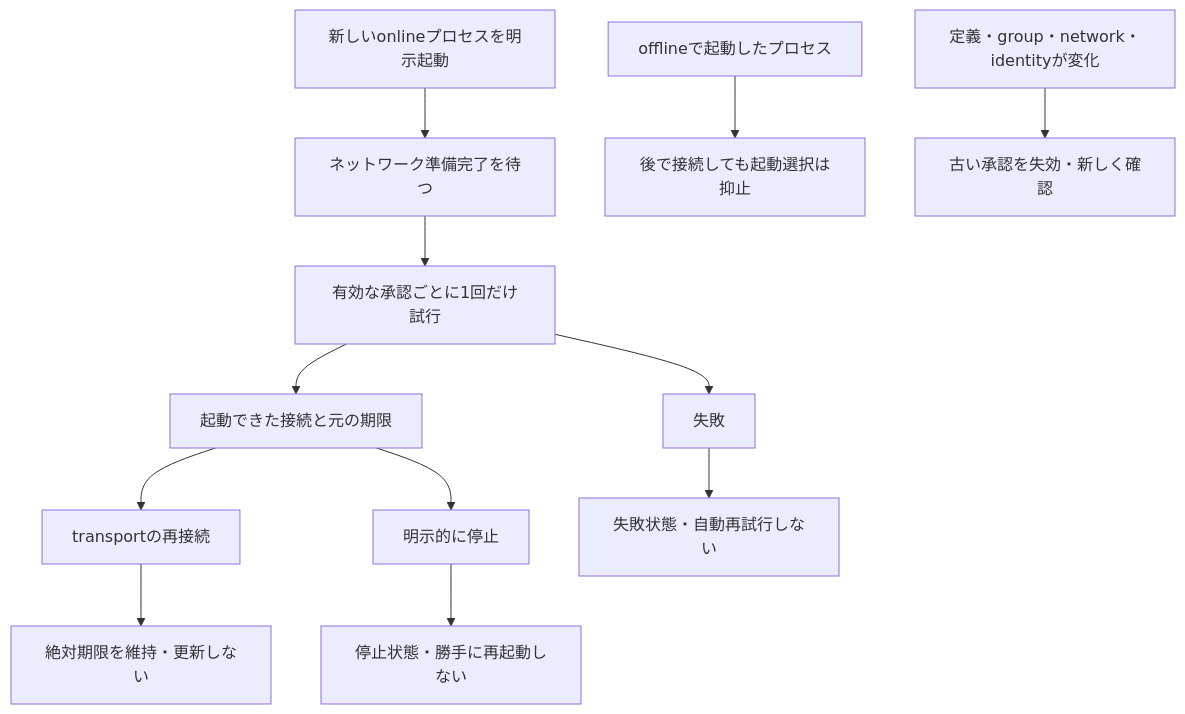
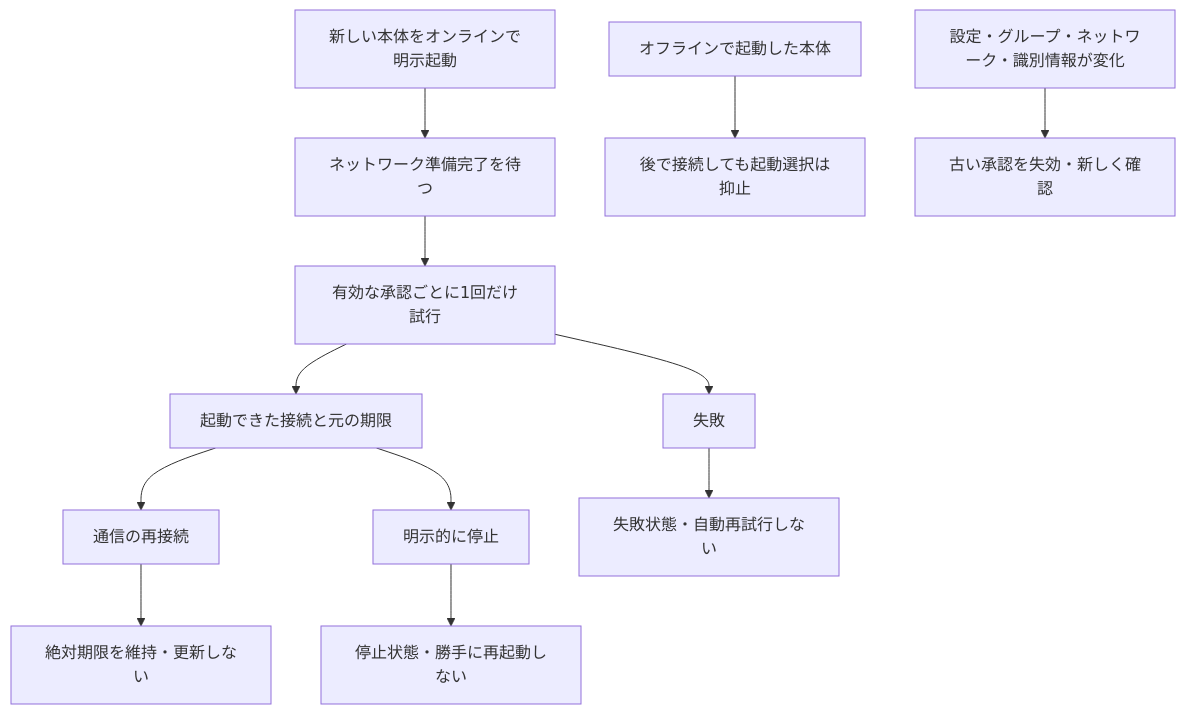
The first of 2 diagrams in docs/STARTUP.ja.md (webkaz-labs/sobalink), drawn with Mermaid before and after one commit. The commit also changed other lines of this file and 111 other files, not shown here.

````diff
--- a/docs/STARTUP.ja.md
+++ b/docs/STARTUP.ja.md
@@ -23,11 +22,11 @@
 ```mermaid
 flowchart TD
-    Launch["新しいonlineプロセスを明示起動"] --> Ready["ネットワーク準備完了を待つ"]
+    Launch["新しい本体をオンラインで明示起動"] --> Ready["ネットワーク準備完了を待つ"]
     Ready --> Attempt["有効な承認ごとに1回だけ試行"]
     Attempt --> Active["起動できた接続と元の期限"]
-    Offline["offlineで起動したプロセス"] --> Suppress["後で接続しても起動選択は抑止"]
-    Active --> Condition1["transportの再接続"] --> Expiry["絶対期限を維持・更新しない"]
+    Offline["オフラインで起動した本体"] --> Suppress["後で接続しても起動選択は抑止"]
+    Active --> Condition1["通信の再接続"] --> Expiry["絶対期限を維持・更新しない"]
     Attempt --> Condition2["失敗"] --> Failed["失敗状態・自動再試行しない"]
     Active --> Condition3["明示的に停止"] --> Stopped["停止状態・勝手に再起動しない"]
-    Changed["定義・group・network・identityが変化"] --> Review["古い承認を失効・新しく確認"]
+    Changed["設定・グループ・ネットワーク・識別情報が変化"] --> Review["古い承認を失効・新しく確認"]
 ```
````
